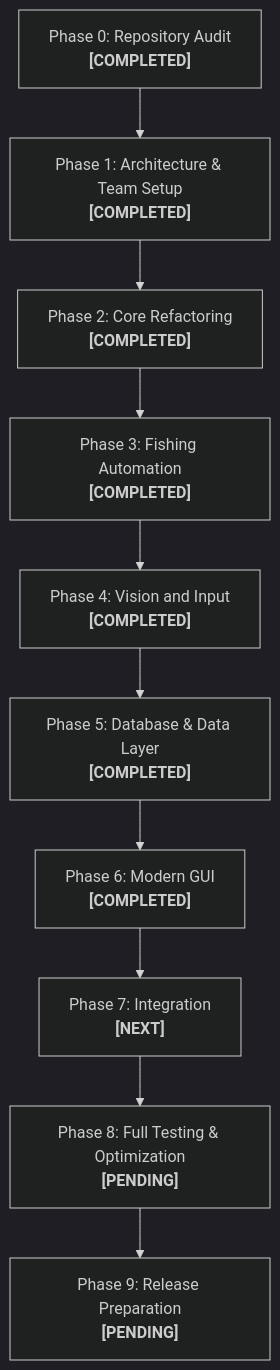
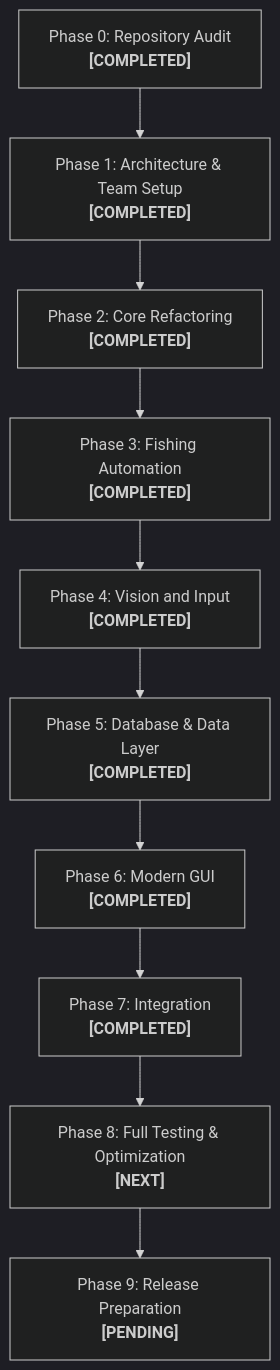
Before and after one commit to 69030304-bot/fisch_macro: the diagram in docs/ROADMAP.md, drawn with Mermaid (dark theme). The commit also changed other lines of this file and 8 other files, not shown here.

````diff
--- a/docs/ROADMAP.md
+++ b/docs/ROADMAP.md
@@ -12,12 +12,12 @@
 ```mermaid
 flowchart TD
     P0["Phase 0: Repository Audit<br/><b>[COMPLETED]</b>"] --> P1["Phase 1: Architecture & Team Setup<br/><b>[COMPLETED]</b>"]
     P1 --> P2["Phase 2: Core Refactoring<br/><b>[COMPLETED]</b>"]
     P2 --> P3["Phase 3: Fishing Automation<br/><b>[COMPLETED]</b>"]
     P3 --> P4["Phase 4: Vision and Input<br/><b>[COMPLETED]</b>"]
     P4 --> P5["Phase 5: Database & Data Layer<br/><b>[COMPLETED]</b>"]
     P5 --> P6["Phase 6: Modern GUI<br/><b>[COMPLETED]</b>"]
-    P6 --> P7["Phase 7: Integration<br/><b>[NEXT]</b>"]
-    P7 --> P8["Phase 8: Full Testing & Optimization<br/><b>[PENDING]</b>"]
+    P6 --> P7["Phase 7: Integration<br/><b>[COMPLETED]</b>"]
+    P7 --> P8["Phase 8: Full Testing & Optimization<br/><b>[NEXT]</b>"]
     P8 --> P9["Phase 9: Release Preparation<br/><b>[PENDING]</b>"]
 ```
````
